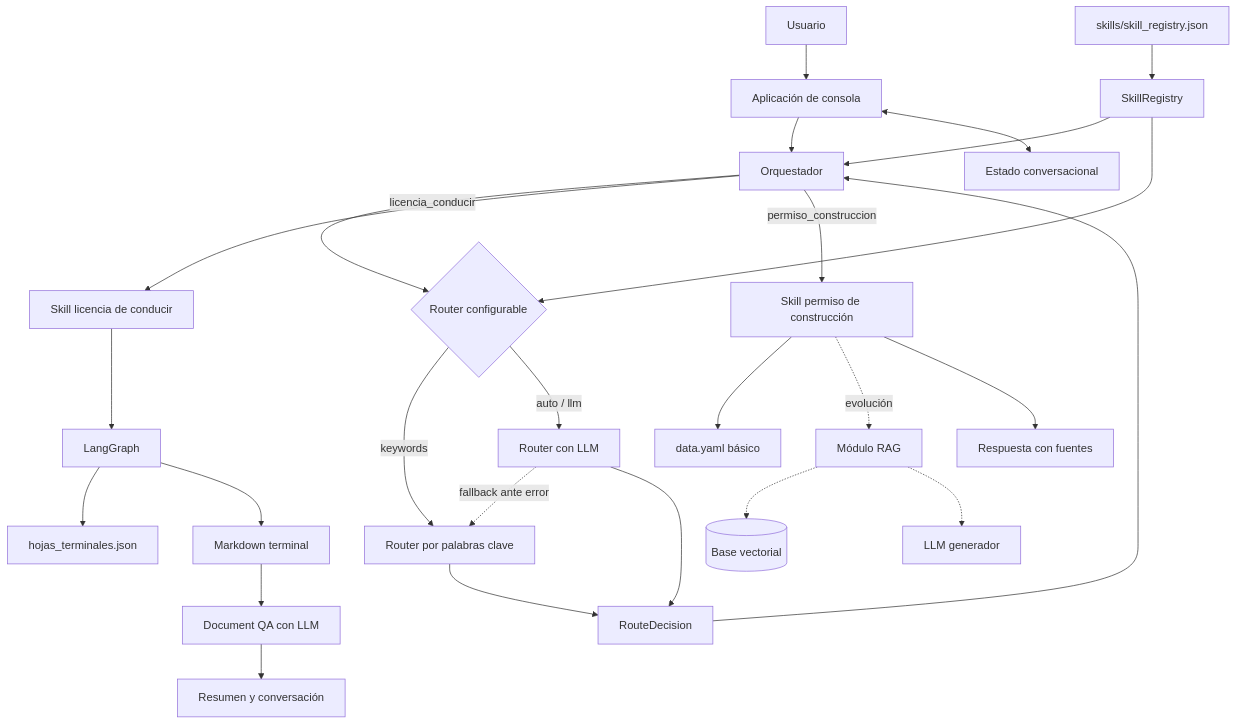
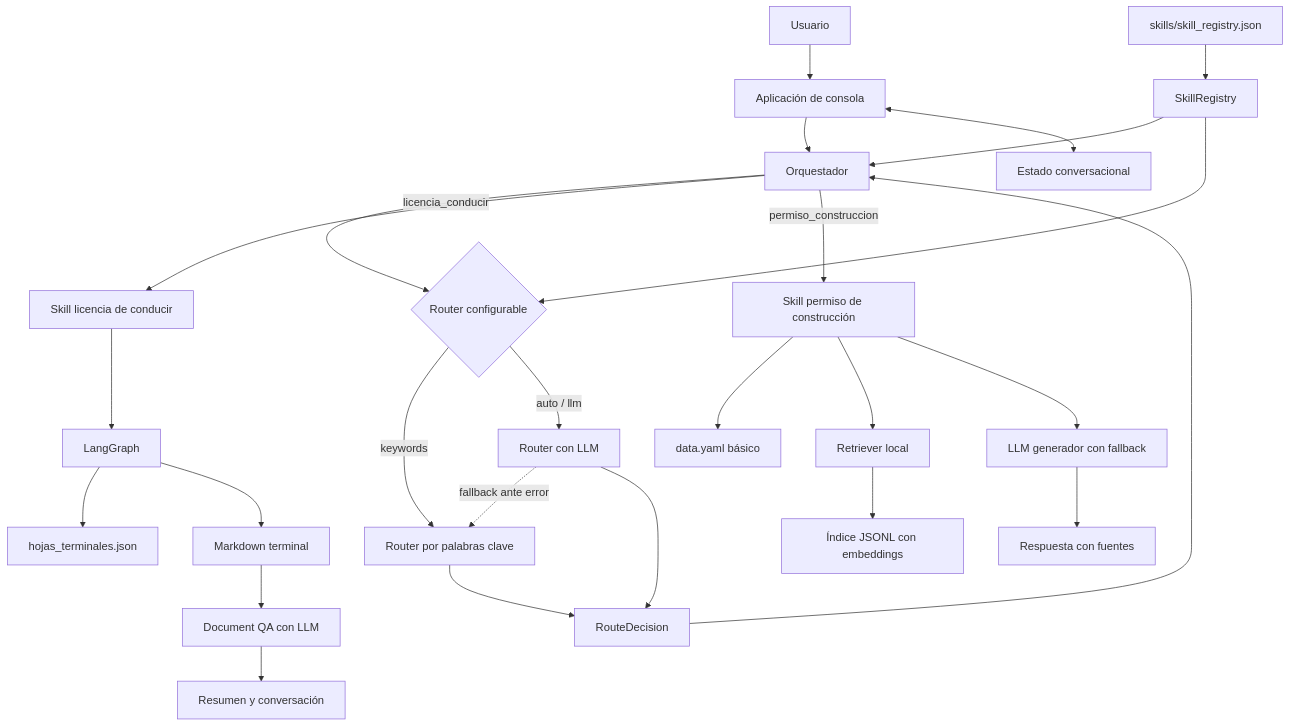
Before and after one commit to dariopadula/agentes_skill_poc: the first of 6 diagrams in agentes_tramites/docs/arquitectura.md, drawn with Mermaid. The commit also changed other lines of this file and 10 other files, not shown here.

````diff
--- a/agentes_tramites/docs/arquitectura.md
+++ b/agentes_tramites/docs/arquitectura.md
@@ -19,34 +19,34 @@
 ```mermaid
 flowchart TD
     U[Usuario] --> APP[Aplicación de consola]
     APP --> O[Orquestador]
     APP <--> S[Estado conversacional]
 
     C[skills/skill_registry.json] --> R[SkillRegistry]
     R --> O
     R --> ROUTER
 
     O --> ROUTER{Router configurable}
     ROUTER -->|keywords| KR[Router por palabras clave]
     ROUTER -->|auto / llm| LR[Router con LLM]
     LR -. fallback ante error .-> KR
 
     KR --> D[RouteDecision]
     LR --> D
     D --> O
 
     O -->|licencia_conducir| LC[Skill licencia de conducir]
     O -->|permiso_construccion| PC[Skill permiso de construcción]
 
     LC --> GRAPH[LangGraph]
     GRAPH --> LEAVES[hojas_terminales.json]
     GRAPH --> DOC1[Markdown terminal]
     DOC1 --> QA[Document QA con LLM]
     QA --> RESP1[Resumen y conversación]
 
     PC --> YAML2[data.yaml básico]
-    PC -. evolución .-> RAG[Módulo RAG]
-    RAG -.-> VDB[(Base vectorial)]
-    RAG -.-> GEN[LLM generador]
-    PC --> RESP2[Respuesta con fuentes]
+    PC --> RET[Retriever local]
+    RET --> IDX[Índice JSONL con embeddings]
+    PC --> GEN[LLM generador con fallback]
+    GEN --> RESP2[Respuesta con fuentes]
 ```
````
